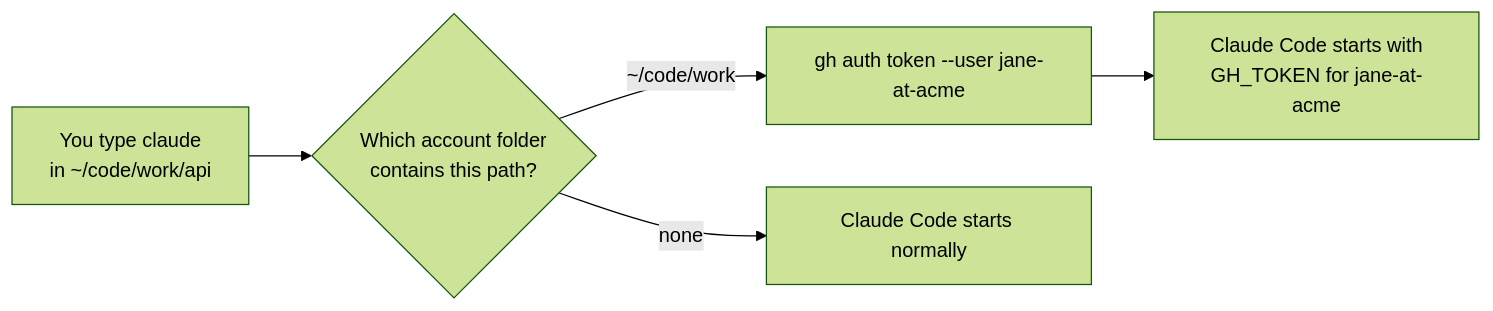
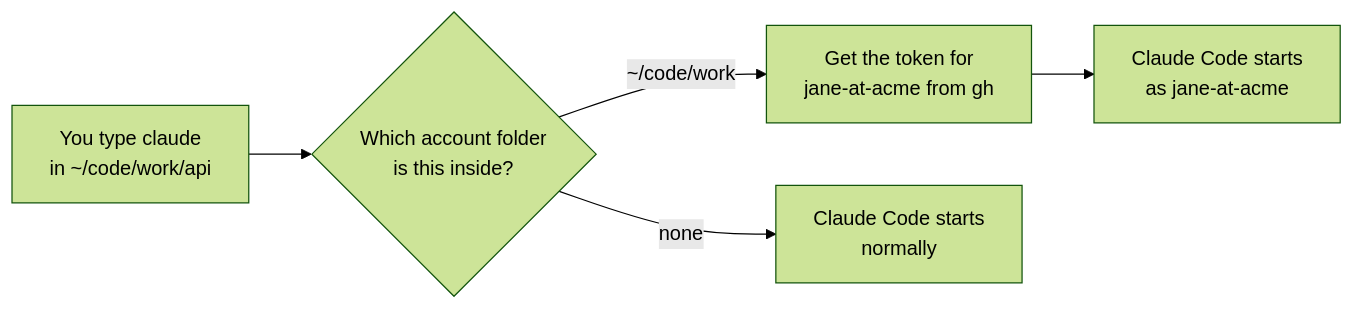
Before and after one commit to us-urvin/claude-gh-accounts: the diagram in README.md, drawn with Mermaid (forest theme). The commit also changed other lines of this file and 6 other files, not shown here.

````diff
--- a/README.md
+++ b/README.md
@@ -62,7 +109,7 @@
 ```mermaid
 flowchart LR
-    A["You type claude<br/>in ~/code/work/api"] --> B{"Which account folder<br/>contains this path?"}
-    B -->|"~/code/work"| C["gh auth token --user jane-at-acme"]
-    C --> D["Claude Code starts with<br/>GH_TOKEN for jane-at-acme"]
-    B -->|none| E["Claude Code starts normally"]
+    A["You type claude<br/>in ~/code/work/api"] --> B{"Which account folder<br/>is this inside?"}
+    B -->|"~/code/work"| C["Get the token for<br/>jane-at-acme from gh"]
+    C --> D["Claude Code starts<br/>as jane-at-acme"]
+    B -->|"none"| E["Claude Code starts<br/>normally"]
 ```
````
